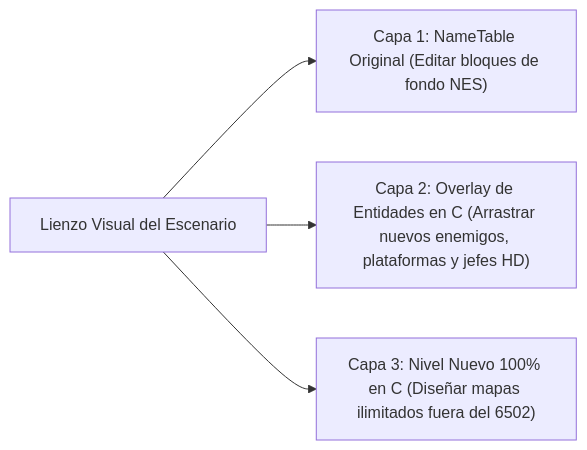
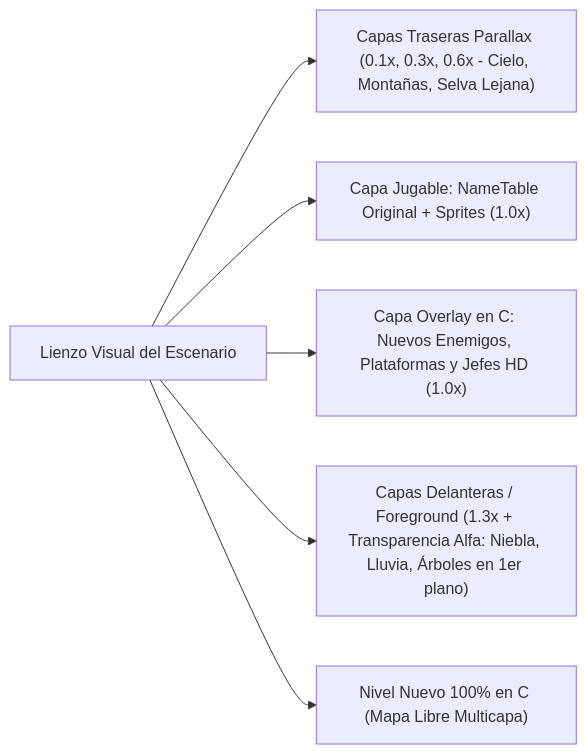
Before and after one commit to iztaneo/NesGameStudio: the second of 3 diagrams in PLAN_IMPLEMENTACION.md, drawn with Mermaid. The commit also changed other lines of this file and 1 other file, not shown here.

Commit message:
docs: Add multi-layer Parallax Scrolling and Foreground Alpha depth system to plan

````diff
--- a/PLAN_IMPLEMENTACION.md
+++ b/PLAN_IMPLEMENTACION.md
@@ -83,6 +83,8 @@
 ```mermaid
 flowchart LR
-    A["Lienzo Visual del Escenario"] --> B["Capa 1: NameTable Original (Editar bloques de fondo NES)"]
-    A --> C["Capa 2: Overlay de Entidades en C (Arrastrar nuevos enemigos, plataformas y jefes HD)"]
-    A --> D["Capa 3: Nivel Nuevo 100% en C (Diseñar mapas ilimitados fuera del 6502)"]
+    A["Lienzo Visual del Escenario"] --> P0["Capas Traseras Parallax (0.1x, 0.3x, 0.6x - Cielo, Montañas, Selva Lejana)"]
+    A --> B["Capa Jugable: NameTable Original + Sprites (1.0x)"]
+    A --> C["Capa Overlay en C: Nuevos Enemigos, Plataformas y Jefes HD (1.0x)"]
+    A --> PF["Capas Delanteras / Foreground (1.3x + Transparencia Alfa: Niebla, Lluvia, Árboles en 1er plano)"]
+    A --> D["Nivel Nuevo 100% en C (Mapa Libre Multicapa)"]
 ```
````
